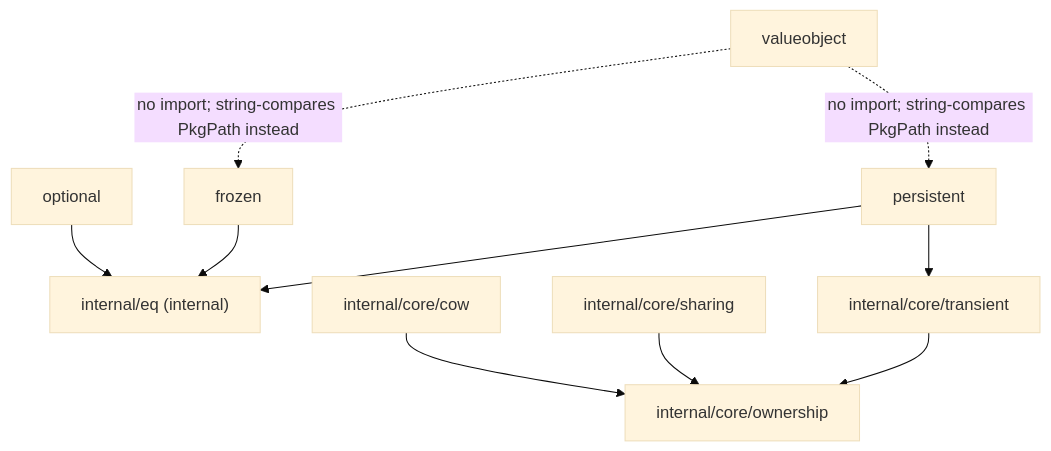
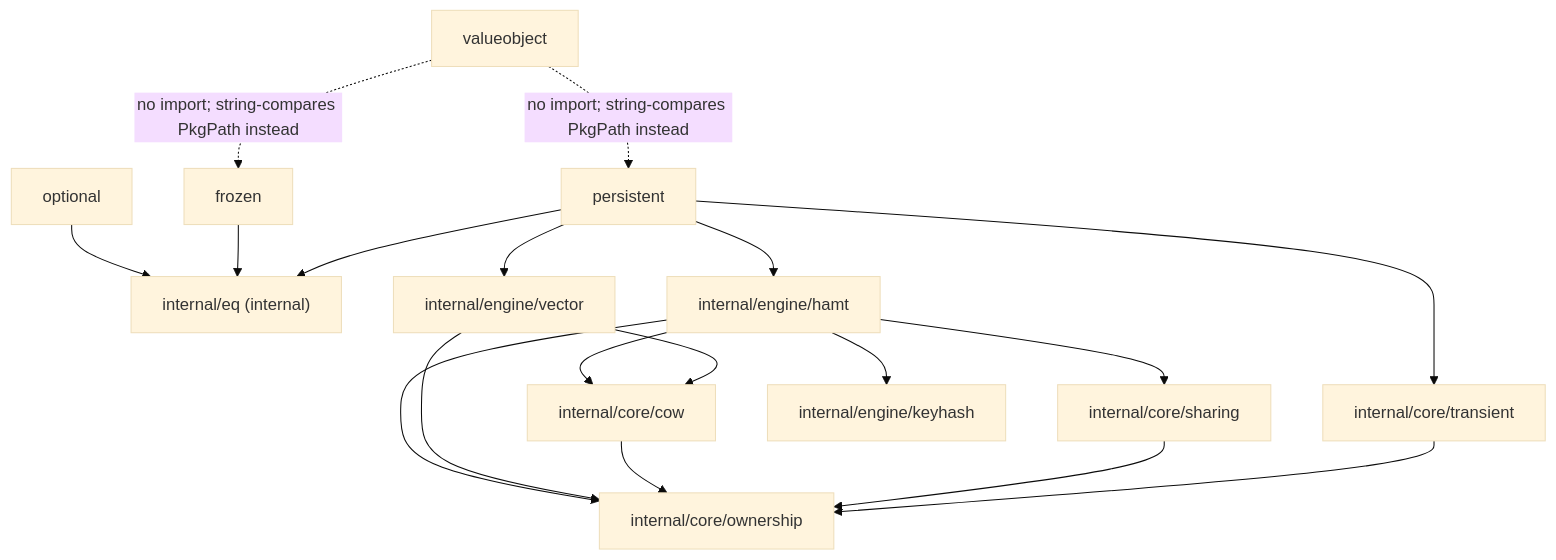
Before and after one commit to alvadorncorp/functional-go: the diagram in docs/overview.md, drawn with Mermaid (base theme). The commit also changed other lines of this file and 40 other files, not shown here.

````diff
--- a/docs/overview.md
+++ b/docs/overview.md
@@ -127,22 +136,33 @@
 ```mermaid
 flowchart TB
   optional[optional]
   frozen[frozen]
   persistent[persistent]
   valueobject[valueobject]
   eq["internal/eq (internal)"]
   ownership["internal/core/ownership"]
   cow["internal/core/cow"]
   sharing["internal/core/sharing"]
   transient["internal/core/transient"]
+  hamt["internal/engine/hamt"]
+  vector["internal/engine/vector"]
+  keyhash["internal/engine/keyhash"]
 
   optional --> eq
   frozen --> eq
   persistent --> eq
   persistent --> transient
+  persistent --> hamt
+  persistent --> vector
+  hamt --> ownership
+  hamt --> cow
+  hamt --> sharing
+  hamt --> keyhash
+  vector --> ownership
+  vector --> cow
   cow --> ownership
   sharing --> ownership
   transient --> ownership
   valueobject -.->|no import; string-compares PkgPath instead| frozen
   valueobject -.->|no import; string-compares PkgPath instead| persistent
 ```
````
